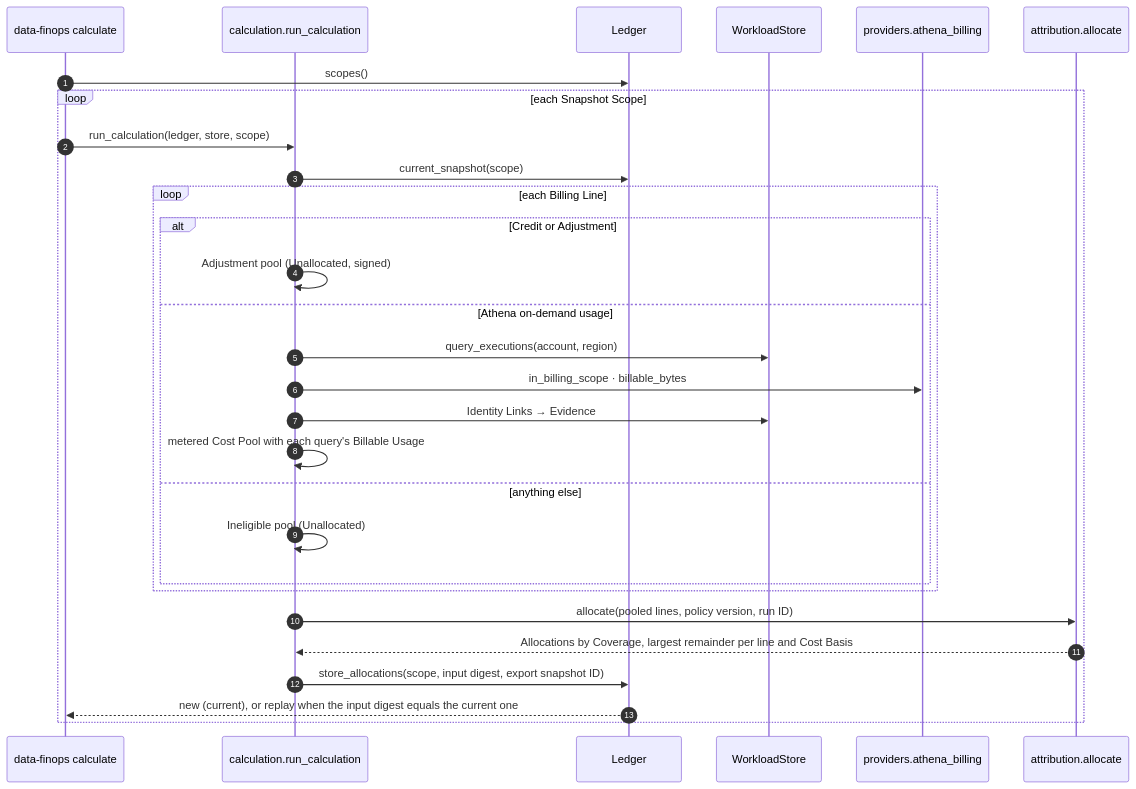
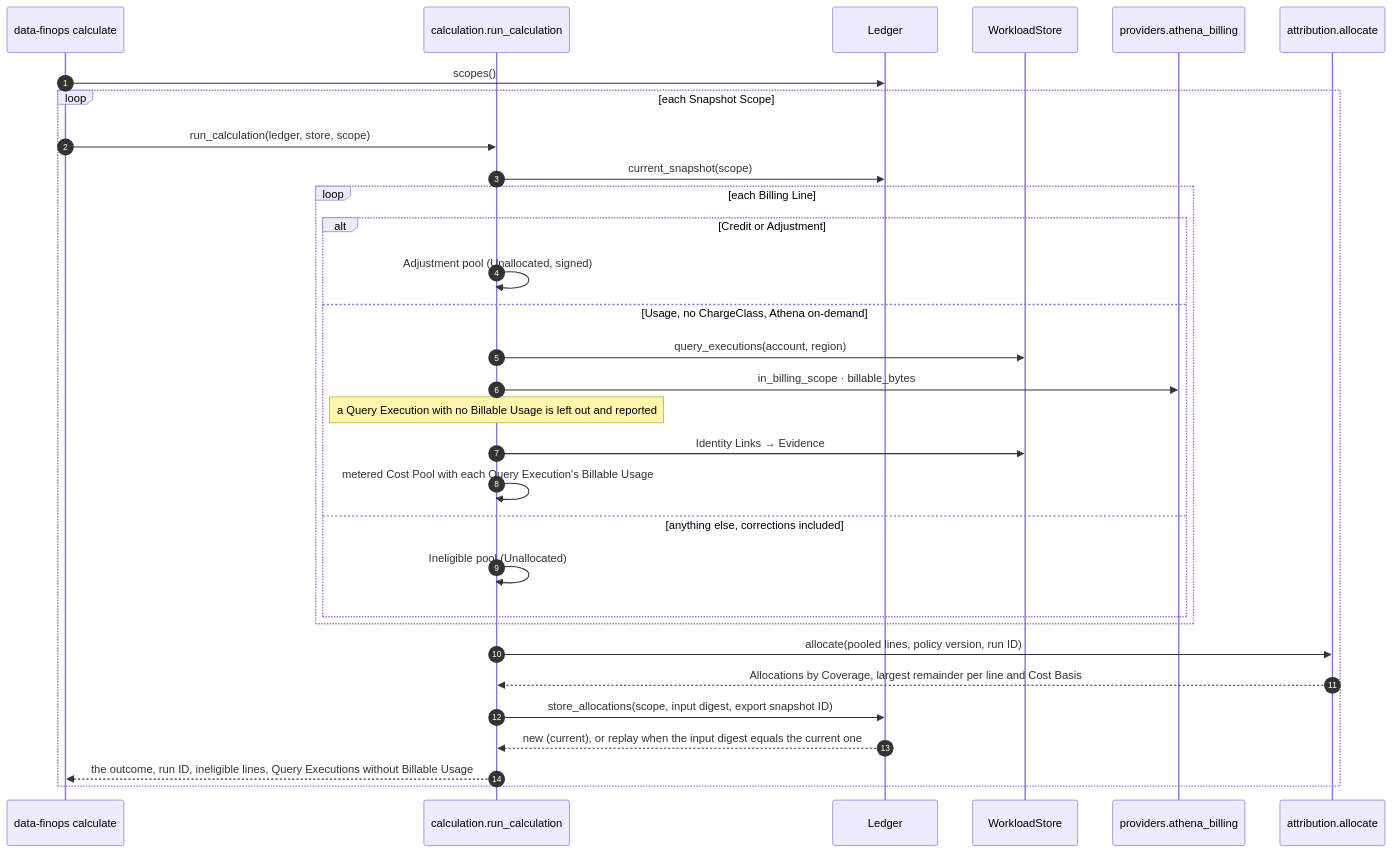
Before and after one commit to apmalong/data-finops: the third of 4 diagrams in docs/architecture/README.md, drawn with Mermaid. The commit also changed other lines of this file and 4 other files, not shown here.

````diff
--- a/docs/architecture/README.md
+++ b/docs/architecture/README.md
@@ -156,32 +162,34 @@
 ```mermaid
 sequenceDiagram
     autonumber
     participant CLI as data-finops calculate
     participant Calc as calculation.run_calculation
     participant Ledger
     participant Store as WorkloadStore
     participant Policy as providers.athena_billing
     participant Engine as attribution.allocate
 
     CLI->>Ledger: scopes()
     loop each Snapshot Scope
         CLI->>Calc: run_calculation(ledger, store, scope)
         Calc->>Ledger: current_snapshot(scope)
         loop each Billing Line
             alt Credit or Adjustment
                 Calc->>Calc: Adjustment pool (Unallocated, signed)
-            else Athena on-demand usage
+            else Usage, no ChargeClass, Athena on-demand
                 Calc->>Store: query_executions(account, region)
                 Calc->>Policy: in_billing_scope · billable_bytes
+                Note over Calc: a Query Execution with no Billable Usage is left out and reported
                 Calc->>Store: Identity Links → Evidence
-                Calc->>Calc: metered Cost Pool with each query's Billable Usage
-            else anything else
+                Calc->>Calc: metered Cost Pool with each Query Execution's Billable Usage
+            else anything else, corrections included
                 Calc->>Calc: Ineligible pool (Unallocated)
             end
         end
         Calc->>Engine: allocate(pooled lines, policy version, run ID)
         Engine-->>Calc: Allocations by Coverage, largest remainder per line and Cost Basis
         Calc->>Ledger: store_allocations(scope, input digest, export snapshot ID)
-        Ledger-->>CLI: new (current), or replay when the input digest equals the current one
+        Ledger-->>Calc: new (current), or replay when the input digest equals the current one
+        Calc-->>CLI: the outcome, run ID, ineligible lines, Query Executions without Billable Usage
     end
 ```
````
